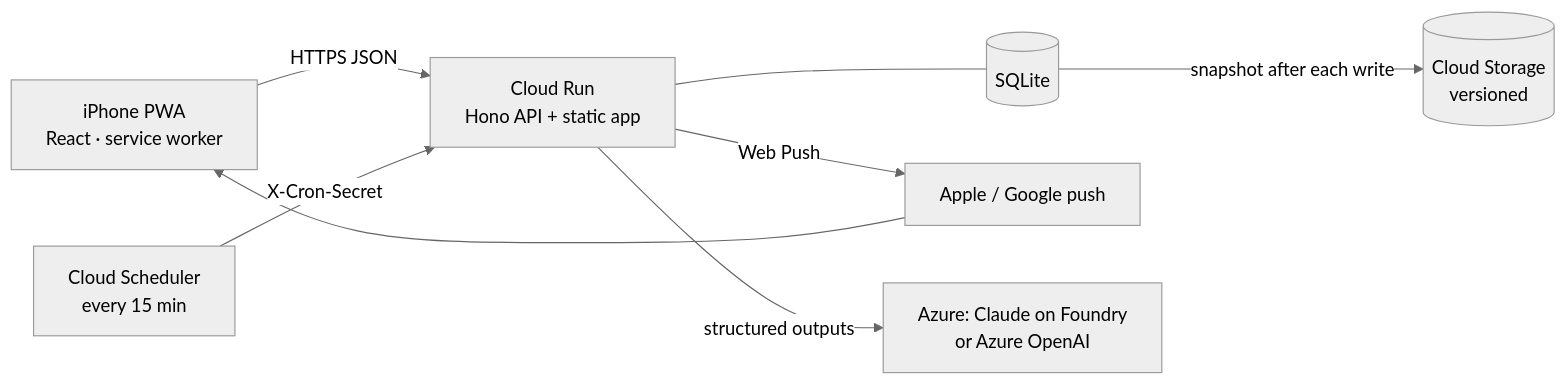
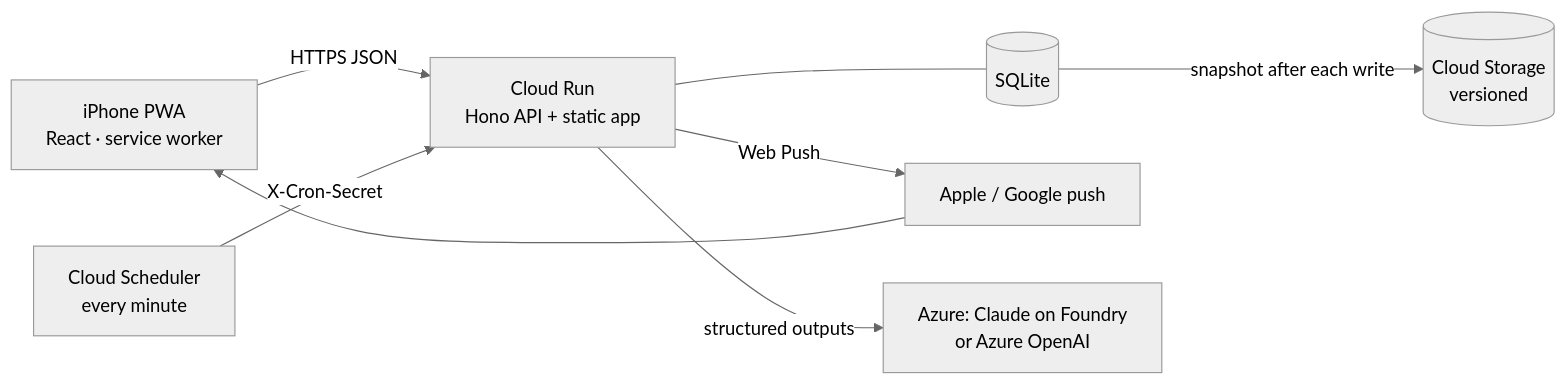
Before and after one commit to ghazigh/Galia: the diagram in README.md, drawn with Mermaid (neutral theme). The commit also changed other lines of this file and 26 other files, not shown here.

````diff
--- a/README.md
+++ b/README.md
@@ -207,9 +214,9 @@
 ```mermaid
 flowchart LR
   phone["iPhone PWA<br/>React · service worker"] -- HTTPS JSON --> run["Cloud Run<br/>Hono API + static app"]
   run --- db[("SQLite")]
   db -- snapshot after each write --> gcs[("Cloud Storage<br/>versioned")]
-  sched["Cloud Scheduler<br/>every 15 min"] -- X-Cron-Secret --> run
+  sched["Cloud Scheduler<br/>every minute"] -- X-Cron-Secret --> run
   run -- Web Push --> push["Apple / Google push"] --> phone
   run -- structured outputs --> ai["Azure: Claude on Foundry<br/>or Azure OpenAI"]
 ```
````
